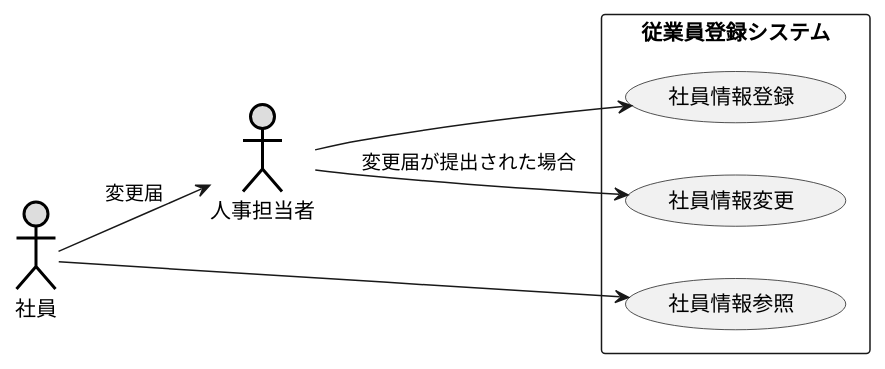
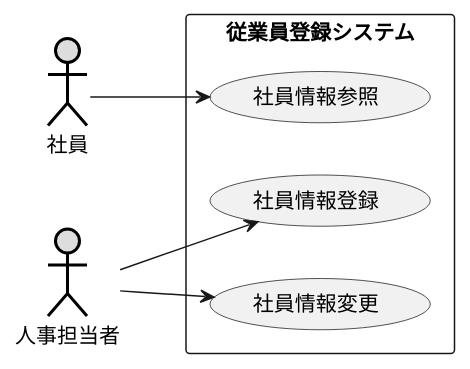
The diagram in 演習2-6_盛岡システム_従業員登録システム.pu (orenouserNamehaKawamura1/uml-introduction), drawn with PlantUML before and after one commit.

Commit message:
修正

```diff
--- a/演習2-6_盛岡システム_従業員登録システム.pu
+++ b/演習2-6_盛岡システム_従業員登録システム.pu
@@ -1,14 +1,13 @@
 @startuml 演習2-6
     left to right direction
     actor 社員 #DDDDDD;line:black;line.bold;
     actor 人事担当者 #DDDDDD;line:black;line.bold;
     rectangle 従業員登録システム{
         usecase 社員情報登録 as register
         usecase 社員情報参照 as reference
         usecase 社員情報変更 as change
     }
     社員 --> reference
     人事担当者 --> register
-    人事担当者 --> change : 変更届が提出された場合
-    社員 --> 人事担当者 : 変更届
+    人事担当者 --> change
 @enduml
```
